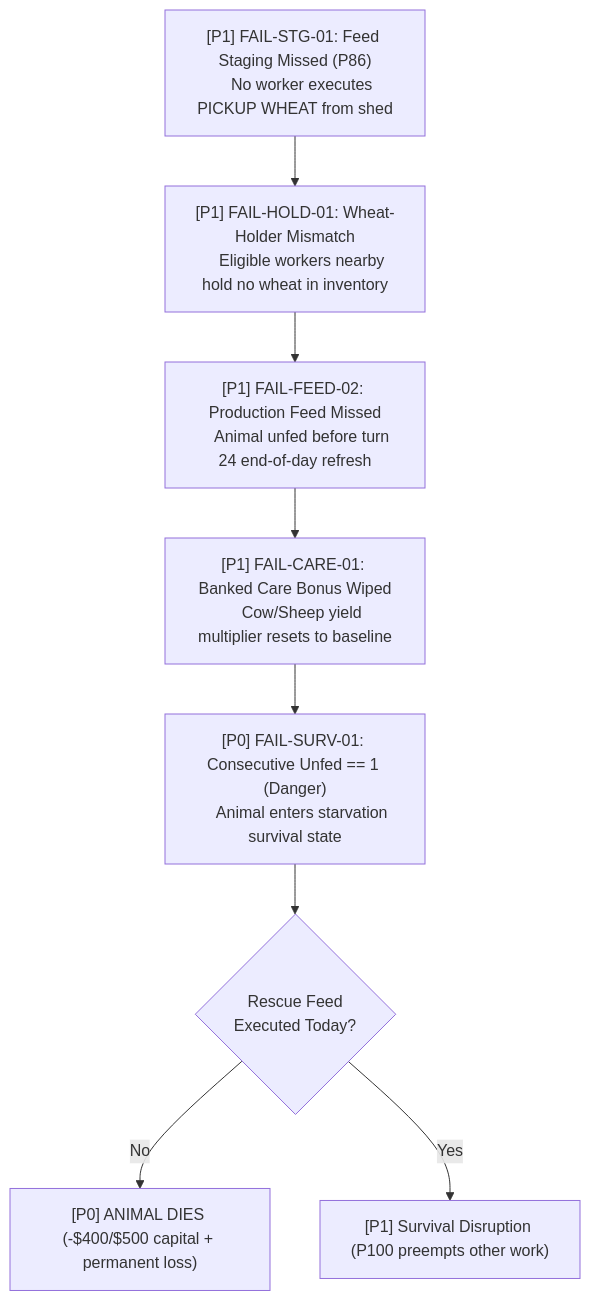
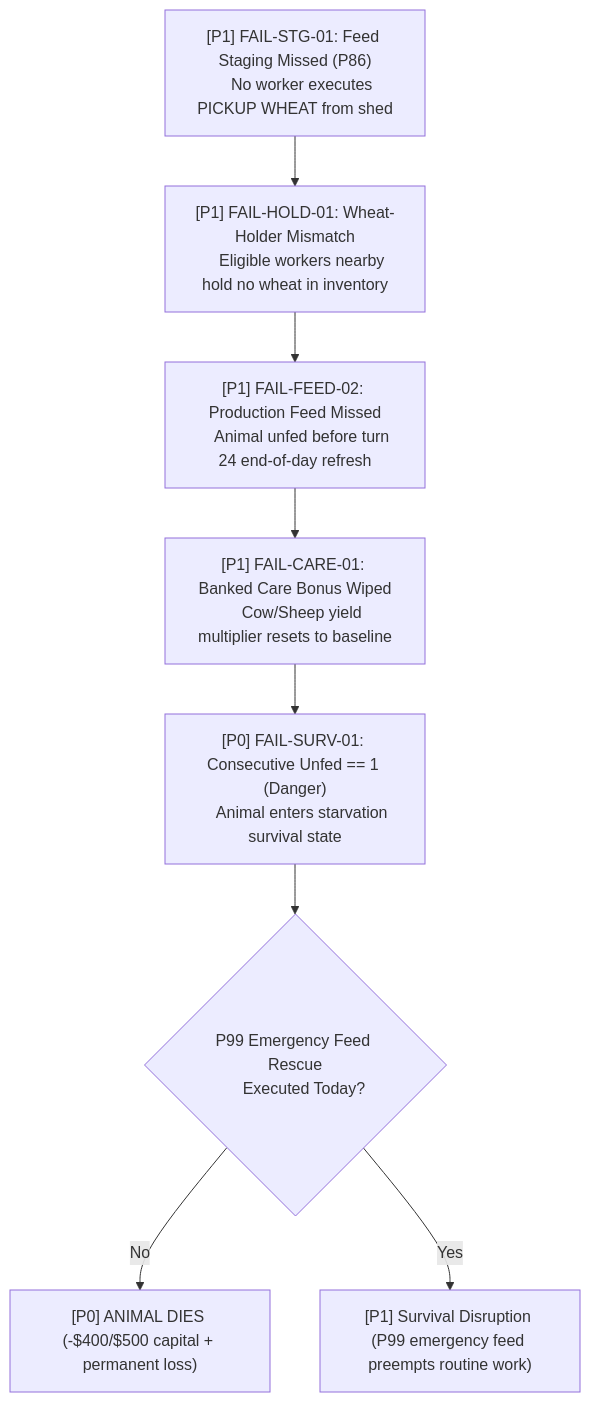
The third of 10 diagrams in architecture/failure_propagation.md (aaryasj0310-stack/farm), drawn with Mermaid before and after one commit. The commit also changed other lines of this file and 242 other files, not shown here.

````diff
--- a/architecture/failure_propagation.md
+++ b/architecture/failure_propagation.md
@@ -63,21 +72,21 @@
 ```mermaid
 flowchart TD
     F1["[P1] FAIL-STG-01: Feed Staging Missed (P86)
     No worker executes PICKUP WHEAT from shed"]
     F2["[P1] FAIL-HOLD-01: Wheat-Holder Mismatch
     Eligible workers nearby hold no wheat in inventory"]
     F3["[P1] FAIL-FEED-02: Production Feed Missed
     Animal unfed before turn 24 end-of-day refresh"]
     F4["[P1] FAIL-CARE-01: Banked Care Bonus Wiped
     Cow/Sheep yield multiplier resets to baseline"]
     F5["[P0] FAIL-SURV-01: Consecutive Unfed == 1 (Danger)
     Animal enters starvation survival state"]
-    F6{"Rescue Feed
+    F6{"P99 Emergency Feed Rescue
     Executed Today?"}
     F7["[P0] ANIMAL DIES (-$400/$500 capital + permanent loss)"]
-    F8["[P1] Survival Disruption (P100 preempts other work)"]
+    F8["[P1] Survival Disruption (P99 emergency feed preempts routine work)"]
 
     F1 --> F2 --> F3 --> F4 --> F5 --> F6
     F6 -->|No| F7
     F6 -->|Yes| F8
 ```
````
